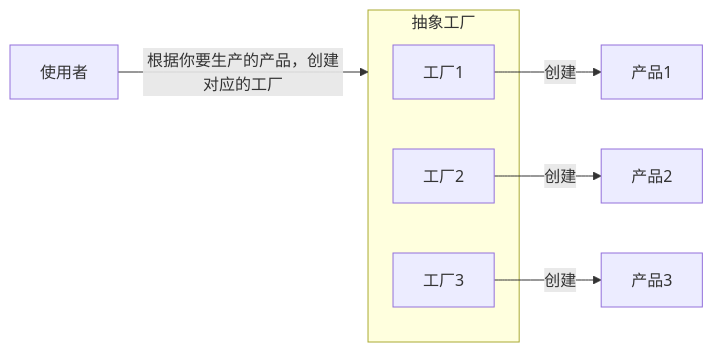
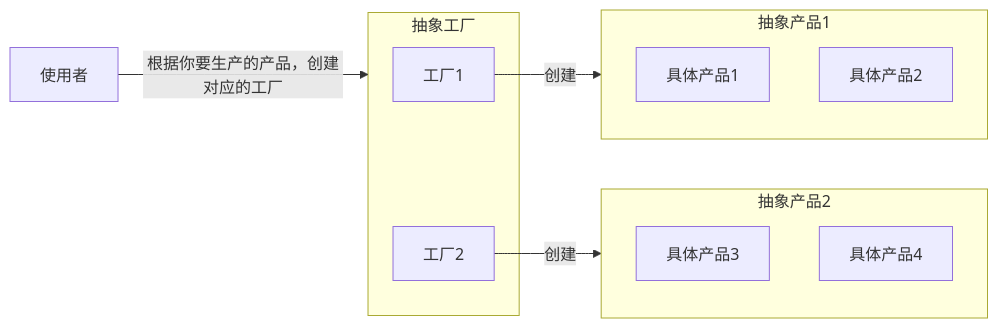
The third of 3 diagrams in 计算机/设计模式/创建型模式.md (poppop9/obsidian), drawn with Mermaid before and after one commit. The commit also changed other lines of this file and 3 other files, not shown here.

````diff
--- a/计算机/设计模式/创建型模式.md
+++ b/计算机/设计模式/创建型模式.md
@@ -166,17 +166,23 @@
 ```mermaid
 graph LR
 	a[使用者]--根据你要生产的产品，创建对应的工厂-->抽象工厂
 
 	subgraph 抽象工厂
 		b[工厂1]
 		c[工厂2]
-		d[工厂3]
     end
 
-	subgraph 抽象工厂
+	b--创建-->抽象产品1
+
+	subgraph 抽象产品1
+		e[具体产品1]
+		f[具体产品2]
     end
 
-	b--创建-->产品1
-	c--创建-->产品2
-	d--创建-->产品3
+	c--创建-->抽象产品2
+	
+	subgraph 抽象产品2
+		g[具体产品3]
+		h[具体产品4]
+    end
 ```
````
